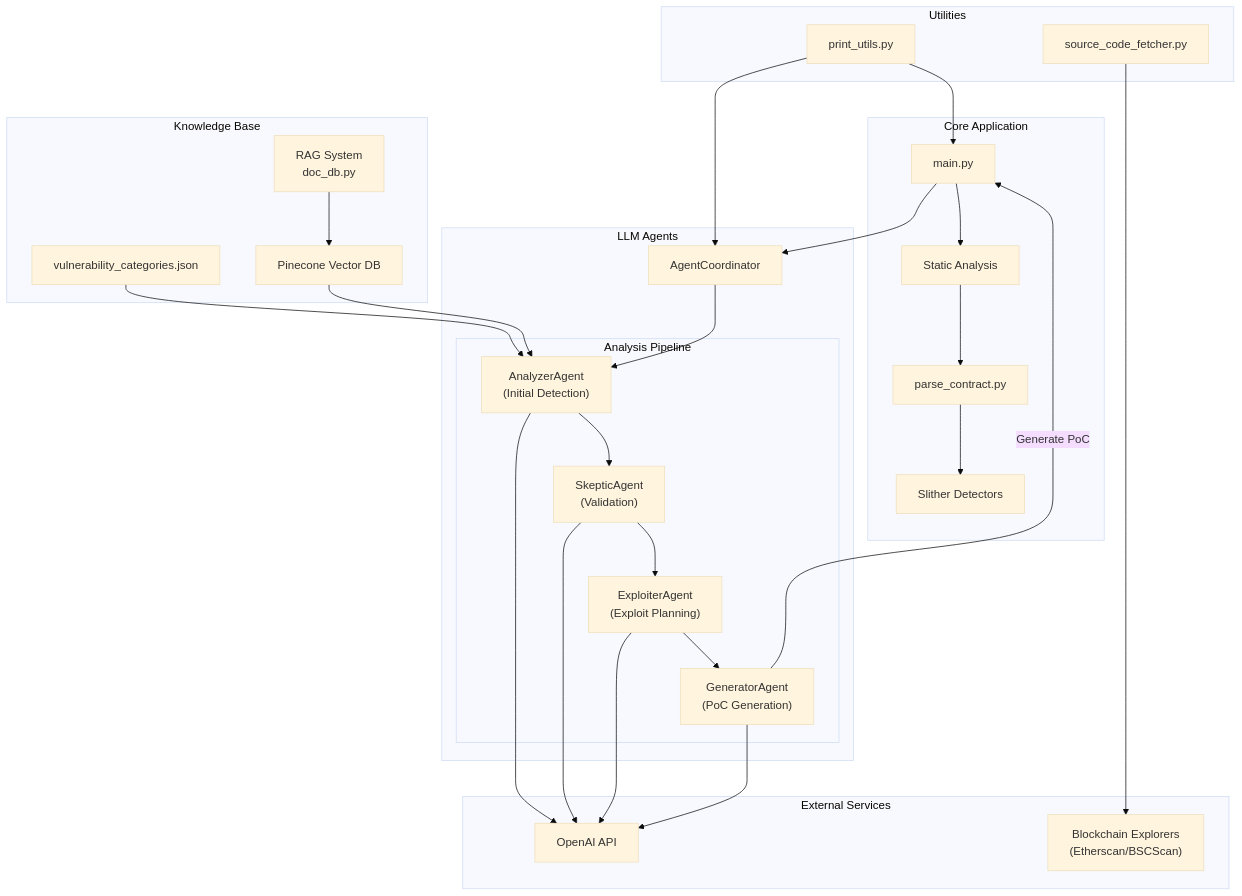
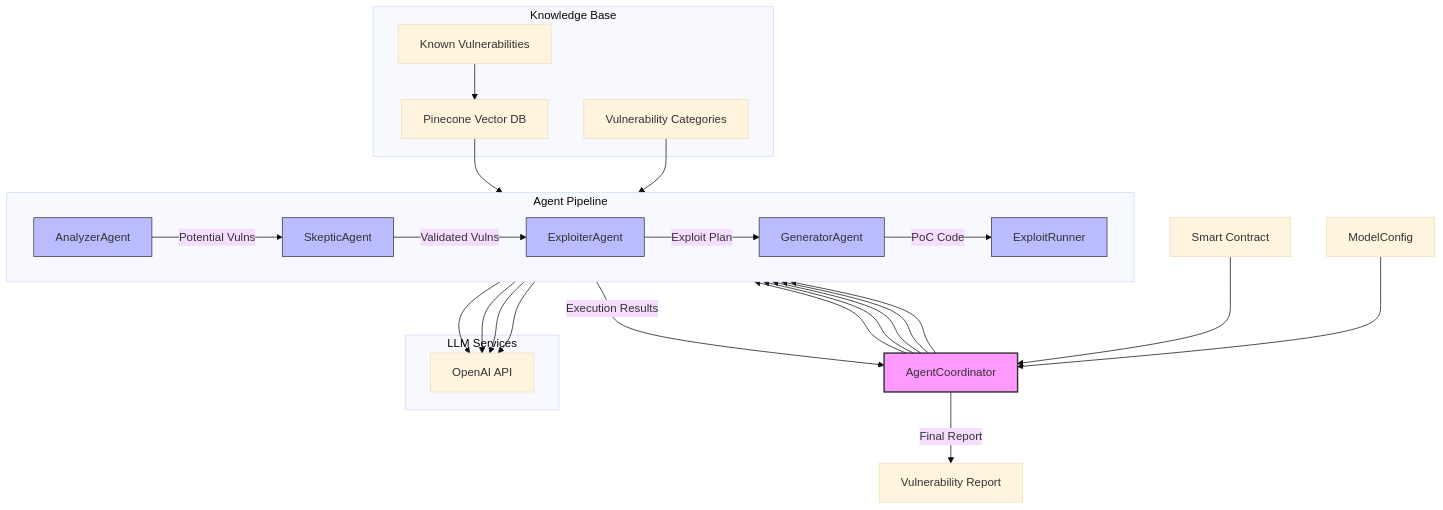
Before and after one commit to videv93/fyp-fr: the diagram in README.md, drawn with Mermaid (base theme). The commit also changed other lines of this file, not shown here.

````diff
--- a/README.md
+++ b/README.md
@@ -23,67 +34,61 @@
 ```mermaid
 graph TB
-    subgraph "Core Application"
-        main["main.py"]
-        static["Static Analysis"]
-        parse["parse_contract.py"]
-        slither["Slither Detectors"]
+    %% Core Components
+    contract["Smart Contract"] --> coord["AgentCoordinator"]
+    
+    subgraph "Knowledge Base"
+        pinecone["Pinecone Vector DB"]
+        vulncat["Vulnerability Categories"]
+        known_vulns["Known Vulnerabilities"]
     end
 
-    subgraph "Knowledge Base"
-        docdb["RAG System<br/>doc_db.py"]
-        pinecone["Pinecone Vector DB"]
-        vulncat["vulnerability_categories.json"]
+    subgraph "Agent Pipeline"
+        direction LR
+        analyzer["AnalyzerAgent"]
+        skeptic["SkepticAgent"]
+        exploiter["ExploiterAgent"]
+        generator["GeneratorAgent"]
+        runner["ExploitRunner"]
+        
+        analyzer --> |"Potential Vulns"| skeptic
+        skeptic --> |"Validated Vulns"| exploiter
+        exploiter --> |"Exploit Plan"| generator
+        generator --> |"PoC Code"| runner
     end
 
-    subgraph "LLM Agents"
-        coord["AgentCoordinator"]
+    %% RAG System Integration
+    pinecone --> analyzer
+    vulncat --> analyzer
+    known_vulns --> pinecone
 
-        subgraph "Analysis Pipeline"
-            analyzer["AnalyzerAgent<br/>(Initial Detection)"]
-            skeptic["SkepticAgent<br/>(Validation)"]
-            exploiter["ExploiterAgent<br/>(Exploit Planning)"]
-            generator["GeneratorAgent<br/>(PoC Generation)"]
-        end
+    %% Coordinator Flow
+    coord --> analyzer
+    coord --> skeptic
+    coord --> exploiter
+    coord --> generator
+    coord --> runner
+
+    %% Model Configuration
+    config["ModelConfig"] --> coord
+    
+    %% External Services
+    subgraph "LLM Services"
+        openai["OpenAI API"]
     end
-
-    subgraph "Utilities"
-        print["print_utils.py"]
-        fetcher["source_code_fetcher.py"]
-    end
-
-    subgraph "External Services"
-        openai["OpenAI API"]
-        blockchain["Blockchain Explorers<br/>(Etherscan/BSCScan)"]
-    end
-
-    %% Main Data Flow
-    main --> static
-    static --> parse
-    parse --> slither
-
-    %% Knowledge Base Flow
-    vulncat --> analyzer
-    docdb --> pinecone
-    pinecone --> analyzer
-
-    %% Agent Pipeline Flow
-    main --> coord
-    coord --> analyzer
-    analyzer --> skeptic
-    skeptic --> exploiter
-    exploiter --> generator
-
-    %% Utility Usage
-    fetcher --> blockchain
-    print --> main
-    print --> coord
-
-    %% External Service Integration
+    
     analyzer --> openai
     skeptic --> openai
     exploiter --> openai
     generator --> openai
 
-    %% Output Generation
-    generator --> |"Generate PoC"|main
+    %% Output
+    runner --> |"Execution Results"| coord
+    coord --> |"Final Report"| output["Vulnerability Report"]
+
+    style coord fill:#f9f,stroke:#333,stroke-width:2px
+    style analyzer fill:#bbf,stroke:#333
+    style skeptic fill:#bbf,stroke:#333
+    style exploiter fill:#bbf,stroke:#333
+    style generator fill:#bbf,stroke:#333
+    style runner fill:#bbf,stroke:#333
 ```
````
